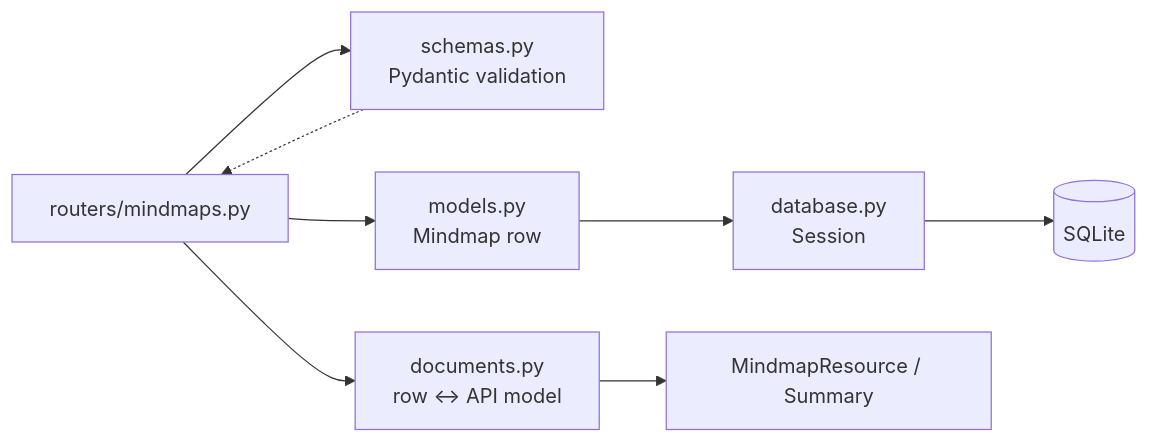
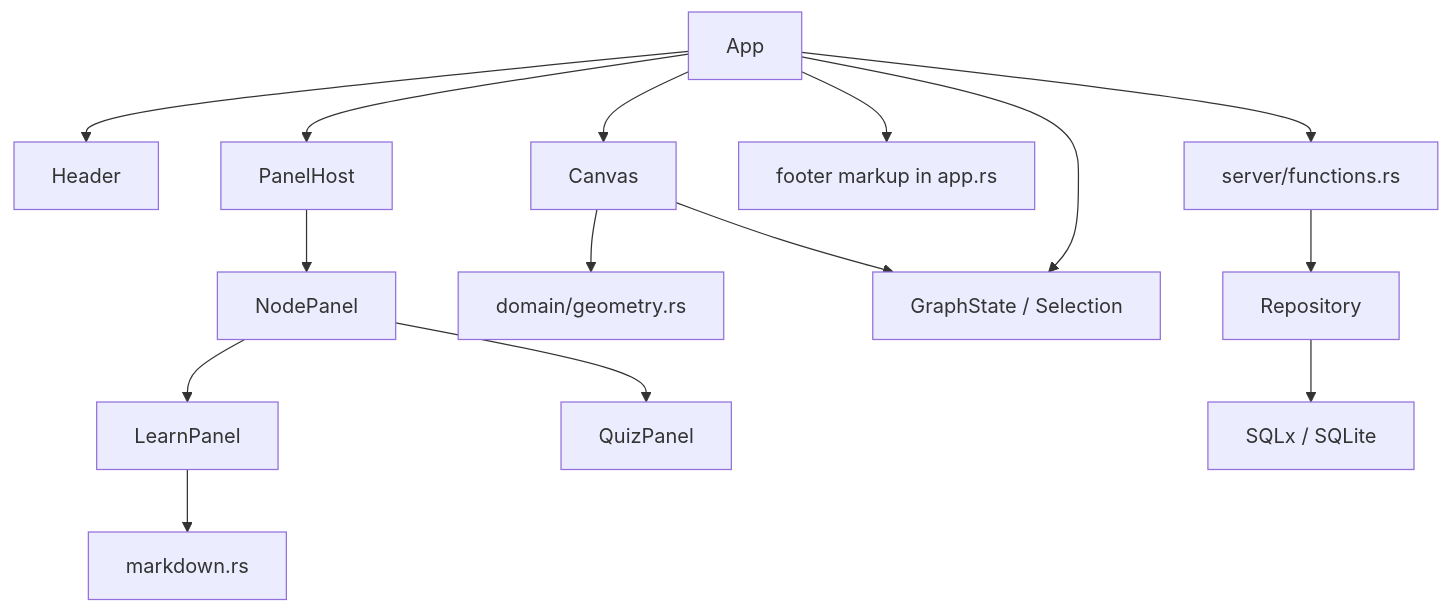
Before and after one commit to radmerales/learnai: the second of 2 diagrams in docs/system-map.md, drawn with Mermaid. The commit also changed other lines of this file and 2 other files, not shown here.

First line of the commit message:
docs: document the Rust fullstack architecture

````diff
--- a/docs/system-map.md
+++ b/docs/system-map.md
@@ -230,10 +166,17 @@
 ```mermaid
-flowchart LR
-    Route["routers/mindmaps.py"] --> Validate["schemas.py<br/>Pydantic validation"]
-    Route --> Documents["documents.py<br/>row ↔ API model"]
-    Route --> Model["models.py<br/>Mindmap row"]
-    Model --> Session["database.py<br/>Session"]
-    Session --> SQLite[(SQLite)]
-    Validate -.-> Route
-    Documents --> Schemas["MindmapResource / Summary"]
+flowchart TD
+    App --> Header
+    App --> Canvas
+    App --> PanelHost
+    App --> Footer["footer markup in app.rs"]
+    PanelHost --> NodePanel
+    NodePanel --> LearnPanel
+    NodePanel --> QuizPanel
+    LearnPanel --> Markdown["markdown.rs"]
+    Canvas --> Geometry["domain/geometry.rs"]
+    Canvas --> State["GraphState / Selection"]
+    App --> State
+    App --> Functions["server/functions.rs"]
+    Functions --> Repository
+    Repository --> DB["SQLx / SQLite"]
 ```
````
